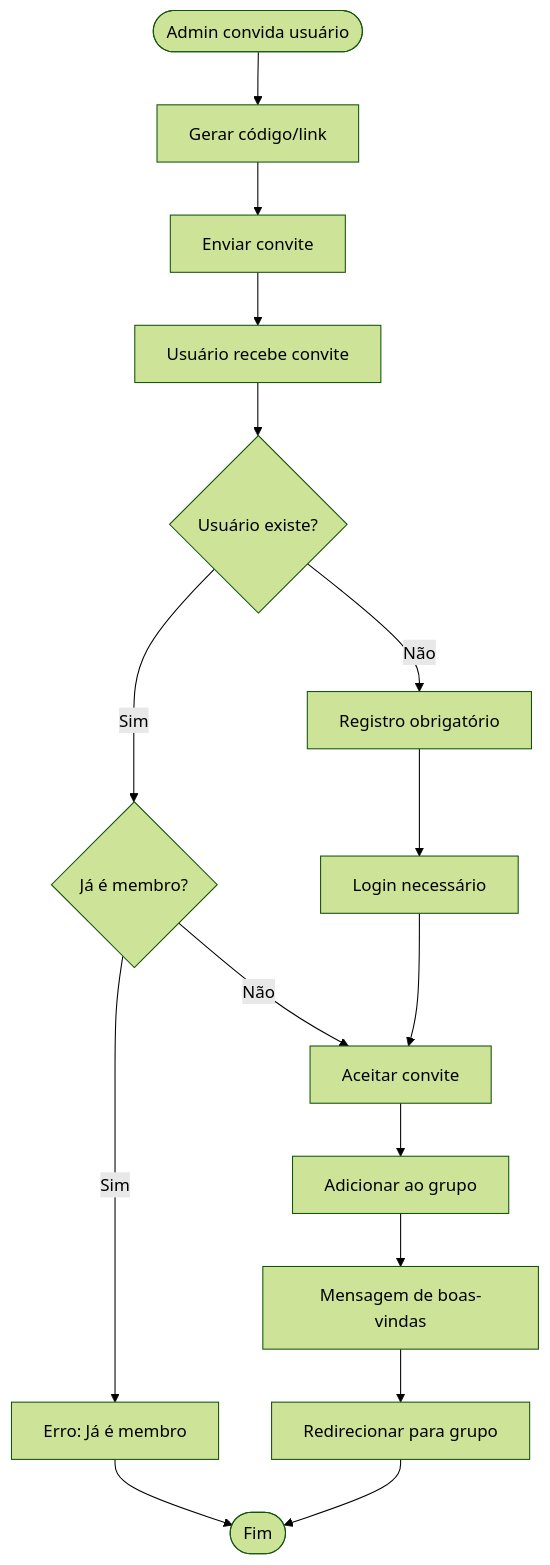
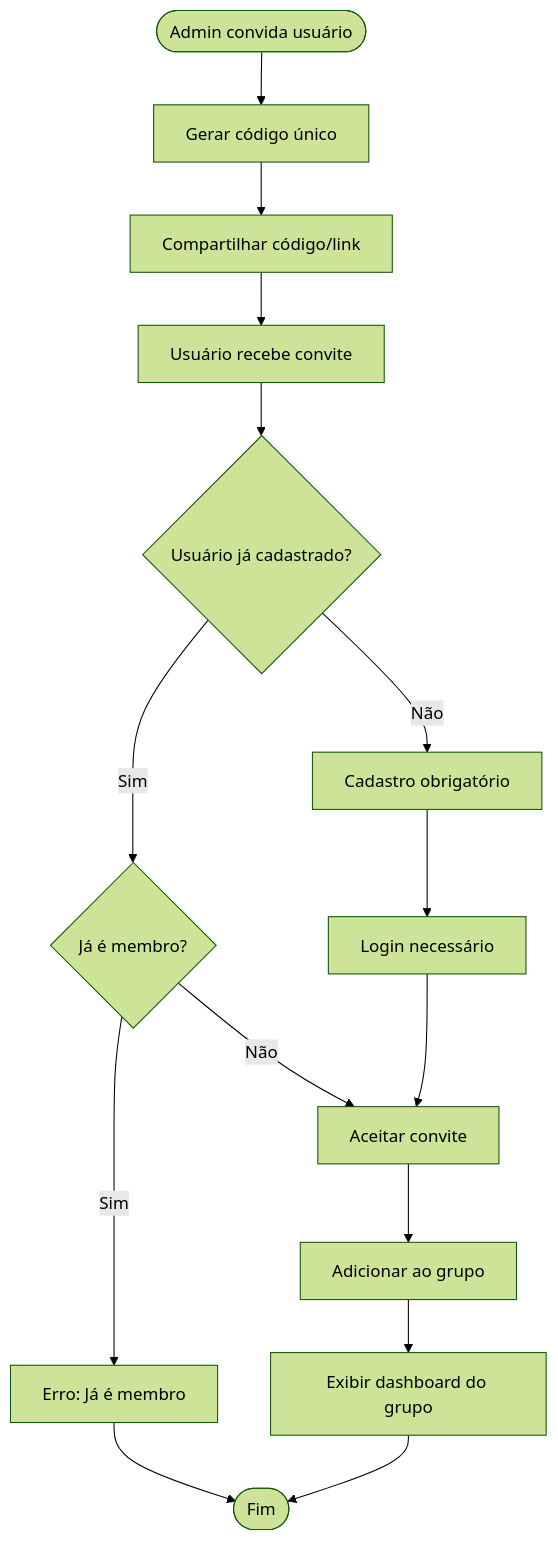
The sixth of 8 diagrams in docs/project/diagrams.md (Finboostplus/finboostplus-app), drawn with Mermaid (forest theme) before and after one commit. The commit also changed other lines of this file and 10 other files, not shown here.

````diff
--- a/docs/project/diagrams.md
+++ b/docs/project/diagrams.md
@@ -244,22 +351,21 @@
 ```mermaid
 flowchart TD
-    Start([Admin convida usuário]) --> Generate[Gerar código/link]
-    Generate --> Send[Enviar convite]
+    Start([Admin convida usuário]) --> Generate[Gerar código único]
+    Generate --> Send[Compartilhar código/link]
     Send --> Receive[Usuário recebe convite]
     
-    Receive --> Exists{Usuário existe?}
-    Exists -->|Não| Register[Registro obrigatório]
+    Receive --> UserExists{Usuário já cadastrado?}
+    UserExists -->|Não| Register[Cadastro obrigatório]
     Register --> Login[Login necessário]
-    Exists -->|Sim| Already{Já é membro?}
+    UserExists -->|Sim| AlreadyMember{Já é membro?}
     
-    Already -->|Sim| Error[Erro: Já é membro]
-    Already -->|Não| Accept[Aceitar convite]
+    AlreadyMember -->|Sim| Error[Erro: Já é membro]
+    AlreadyMember -->|Não| Accept[Aceitar convite]
     Login --> Accept
     
     Accept --> Join[Adicionar ao grupo]
-    Join --> Welcome[Mensagem de boas-vindas]
-    Welcome --> Dashboard[Redirecionar para grupo]
+    Join --> Welcome[Exibir dashboard do grupo]
     
     Error --> End([Fim])
-    Dashboard --> End
+    Welcome --> End
 ```
````
